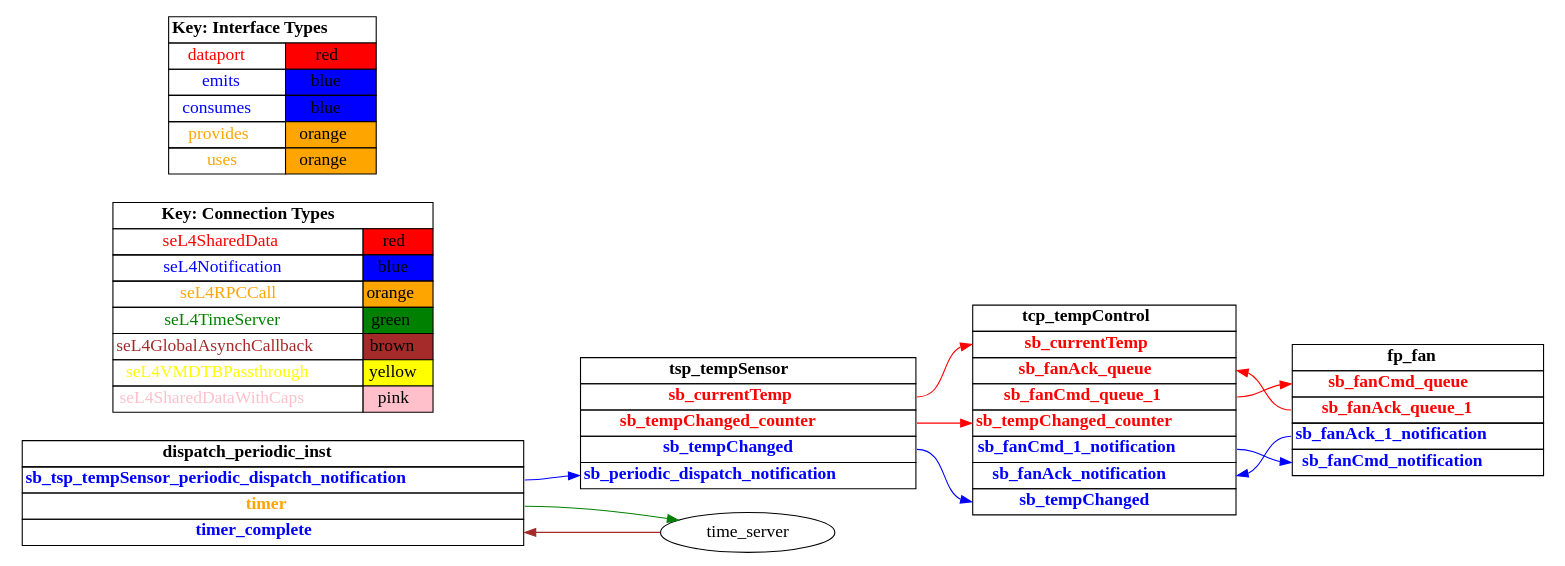
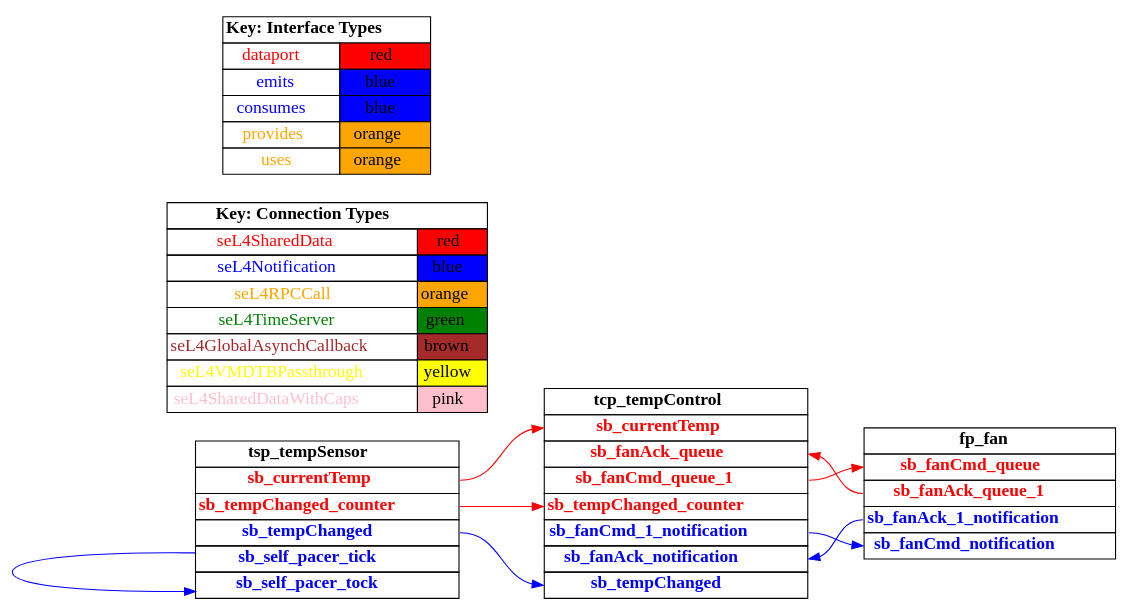
The diagram in temperature-control-ds/hamr/src/c/CAmkES_seL4/graph_simple.dot (santoslab/iccps20-case-studies), drawn with Graphviz before and after one commit. The commit also changed 15 other files, not shown here.

```diff
--- a/temperature-control-ds/hamr/src/c/CAmkES_seL4/graph_simple.dot
+++ b/temperature-control-ds/hamr/src/c/CAmkES_seL4/graph_simple.dot
@@ -1,167 +1,142 @@
 digraph g {
 graph [
   overlap = false,
   rankdir = "LR"
 ];
 node [
   fontsize = "16",
   shape = "ellipse"
 ];
 edge [
 ];
 
 tsp_tempSensor [
   label=<
     <TABLE BORDER="0" CELLBORDER="1" CELLSPACING="0">
       <TR><TD><B>tsp_tempSensor</B></TD></TR>
       <TR><TD PORT="sb_currentTemp"><FONT COLOR="red"><B>sb_currentTemp</B></FONT></TD></TR>
       <TR><TD PORT="sb_tempChanged_counter"><FONT COLOR="red"><B>sb_tempChanged_counter</B></FONT></TD></TR>
       <TR><TD PORT="sb_tempChanged"><FONT COLOR="blue"><B>sb_tempChanged</B></FONT></TD></TR>
-      <TR><TD PORT="sb_periodic_dispatch_notification"><FONT COLOR="blue"><B>sb_periodic_dispatch_notification</B></FONT></TD></TR>"
+      <TR><TD PORT="sb_self_pacer_tick"><FONT COLOR="blue"><B>sb_self_pacer_tick</B></FONT></TD></TR>
+      <TR><TD PORT="sb_self_pacer_tock"><FONT COLOR="blue"><B>sb_self_pacer_tock</B></FONT></TD></TR>"
     </TABLE>
   >
   shape=plaintext
 ];
 
 tcp_tempControl [
   label=<
     <TABLE BORDER="0" CELLBORDER="1" CELLSPACING="0">
       <TR><TD><B>tcp_tempControl</B></TD></TR>
       <TR><TD PORT="sb_currentTemp"><FONT COLOR="red"><B>sb_currentTemp</B></FONT></TD></TR>
       <TR><TD PORT="sb_fanAck_queue"><FONT COLOR="red"><B>sb_fanAck_queue</B></FONT></TD></TR>
       <TR><TD PORT="sb_fanCmd_queue_1"><FONT COLOR="red"><B>sb_fanCmd_queue_1</B></FONT></TD></TR>
       <TR><TD PORT="sb_tempChanged_counter"><FONT COLOR="red"><B>sb_tempChanged_counter</B></FONT></TD></TR>
       <TR><TD PORT="sb_fanCmd_1_notification"><FONT COLOR="blue"><B>sb_fanCmd_1_notification</B></FONT></TD></TR>
       <TR><TD PORT="sb_fanAck_notification"><FONT COLOR="blue"><B>sb_fanAck_notification</B></FONT></TD></TR>
       <TR><TD PORT="sb_tempChanged"><FONT COLOR="blue"><B>sb_tempChanged</B></FONT></TD></TR>"
     </TABLE>
   >
   shape=plaintext
 ];
 
 fp_fan [
   label=<
     <TABLE BORDER="0" CELLBORDER="1" CELLSPACING="0">
       <TR><TD><B>fp_fan</B></TD></TR>
       <TR><TD PORT="sb_fanCmd_queue"><FONT COLOR="red"><B>sb_fanCmd_queue</B></FONT></TD></TR>
       <TR><TD PORT="sb_fanAck_queue_1"><FONT COLOR="red"><B>sb_fanAck_queue_1</B></FONT></TD></TR>
       <TR><TD PORT="sb_fanAck_1_notification"><FONT COLOR="blue"><B>sb_fanAck_1_notification</B></FONT></TD></TR>
       <TR><TD PORT="sb_fanCmd_notification"><FONT COLOR="blue"><B>sb_fanCmd_notification</B></FONT></TD></TR>"
-    </TABLE>
-  >
-  shape=plaintext
-];
-
-dispatch_periodic_inst [
-  label=<
-    <TABLE BORDER="0" CELLBORDER="1" CELLSPACING="0">
-      <TR><TD><B>dispatch_periodic_inst</B></TD></TR>
-      <TR><TD PORT="sb_tsp_tempSensor_periodic_dispatch_notification"><FONT COLOR="blue"><B>sb_tsp_tempSensor_periodic_dispatch_notification</B></FONT></TD></TR>
-      <TR><TD PORT="timer"><FONT COLOR="orange"><B>timer</B></FONT></TD></TR>
-      <TR><TD PORT="timer_complete"><FONT COLOR="blue"><B>timer_complete</B></FONT></TD></TR>"
     </TABLE>
   >
   shape=plaintext
 ];
 
 connectiontypekey [
   label=<
    <TABLE BORDER="0" CELLBORDER="1" CELLSPACING="0">
      <TR><TD COLSPAN="2"><B>Key: Connection Types</B></TD></TR>
      <TR><TD><FONT COLOR="red">seL4SharedData</FONT></TD><TD BGCOLOR="red">red</TD></TR>
      <TR><TD><FONT COLOR="blue">seL4Notification</FONT></TD><TD BGCOLOR="blue">blue</TD></TR>
      <TR><TD><FONT COLOR="orange">seL4RPCCall</FONT></TD><TD BGCOLOR="orange">orange</TD></TR>
      <TR><TD><FONT COLOR="green">seL4TimeServer</FONT></TD><TD BGCOLOR="green">green</TD></TR>
      <TR><TD><FONT COLOR="brown">seL4GlobalAsynchCallback</FONT></TD><TD BGCOLOR="brown">brown</TD></TR>
      <TR><TD><FONT COLOR="yellow">seL4VMDTBPassthrough</FONT></TD><TD BGCOLOR="yellow">yellow</TD></TR>
      <TR><TD><FONT COLOR="pink">seL4SharedDataWithCaps</FONT></TD><TD BGCOLOR="pink">pink</TD></TR>
    </TABLE>
   >
   shape=plaintext
 ];
 
 interfacetypekey [
   label=<
    <TABLE BORDER="0" CELLBORDER="1" CELLSPACING="0">
      <TR><TD COLSPAN="2"><B>Key: Interface Types</B></TD></TR>
      <TR><TD><FONT COLOR="red">dataport</FONT></TD><TD BGCOLOR="red">red</TD></TR>
      <TR><TD><FONT COLOR="blue">emits</FONT></TD><TD BGCOLOR="blue">blue</TD></TR>
      <TR><TD><FONT COLOR="blue">consumes</FONT></TD><TD BGCOLOR="blue">blue</TD></TR>
      <TR><TD><FONT COLOR="orange">provides</FONT></TD><TD BGCOLOR="orange">orange</TD></TR>
      <TR><TD><FONT COLOR="orange">uses</FONT></TD><TD BGCOLOR="orange">orange</TD></TR>
    </TABLE>
   >
   shape=plaintext
 ];
 
 "tsp_tempSensor":sb_currentTemp -> "tcp_tempControl":sb_currentTemp [
   color="red"
   //label = "seL4SharedData"
   id = conn1
 
 ];
 
 "tsp_tempSensor":sb_tempChanged -> "tcp_tempControl":sb_tempChanged [
   color="blue"
   //label = "seL4Notification"
   id = conn2
 
 ];
 
 "tsp_tempSensor":sb_tempChanged_counter -> "tcp_tempControl":sb_tempChanged_counter [
   color="red"
   //label = "seL4SharedData"
   id = conn3
 
 ];
 
 "tcp_tempControl":sb_fanCmd_1_notification -> "fp_fan":sb_fanCmd_notification [
   color="blue"
   //label = "seL4Notification"
   id = conn4
 
 ];
 
 "tcp_tempControl":sb_fanCmd_queue_1 -> "fp_fan":sb_fanCmd_queue [
   color="red"
   //label = "seL4SharedData"
   id = conn5
 
 ];
 
 "fp_fan":sb_fanAck_1_notification -> "tcp_tempControl":sb_fanAck_notification [
   color="blue"
   //label = "seL4Notification"
   id = conn6
 
 ];
 
 "fp_fan":sb_fanAck_queue_1 -> "tcp_tempControl":sb_fanAck_queue [
   color="red"
   //label = "seL4SharedData"
   id = conn7
 
 ];
 
-"dispatch_periodic_inst":sb_tsp_tempSensor_periodic_dispatch_notification -> "tsp_tempSensor":sb_periodic_dispatch_notification [
+"tsp_tempSensor":sb_self_pacer_tick -> "tsp_tempSensor":sb_self_pacer_tock [
   color="blue"
   //label = "seL4Notification"
   id = conn8
 
 ];
 
-"dispatch_periodic_inst":timer -> "time_server":the_timer [
-  color="green"
-  //label = "seL4TimeServer"
-  id = conn9
-
-];
-
-"time_server":timer_notification -> "dispatch_periodic_inst":timer_complete [
-  color="brown"
-  //label = "seL4GlobalAsynchCallback"
-  id = conn10
-
-];
-
 }
```
